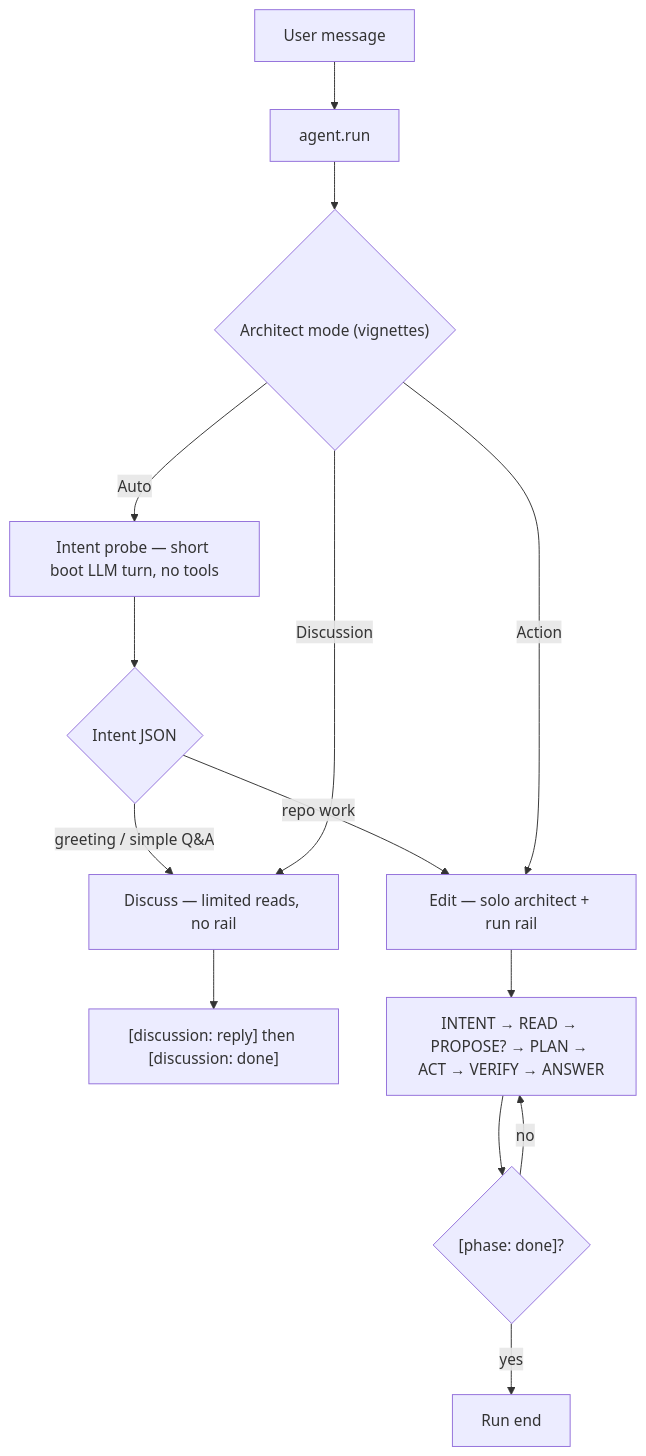
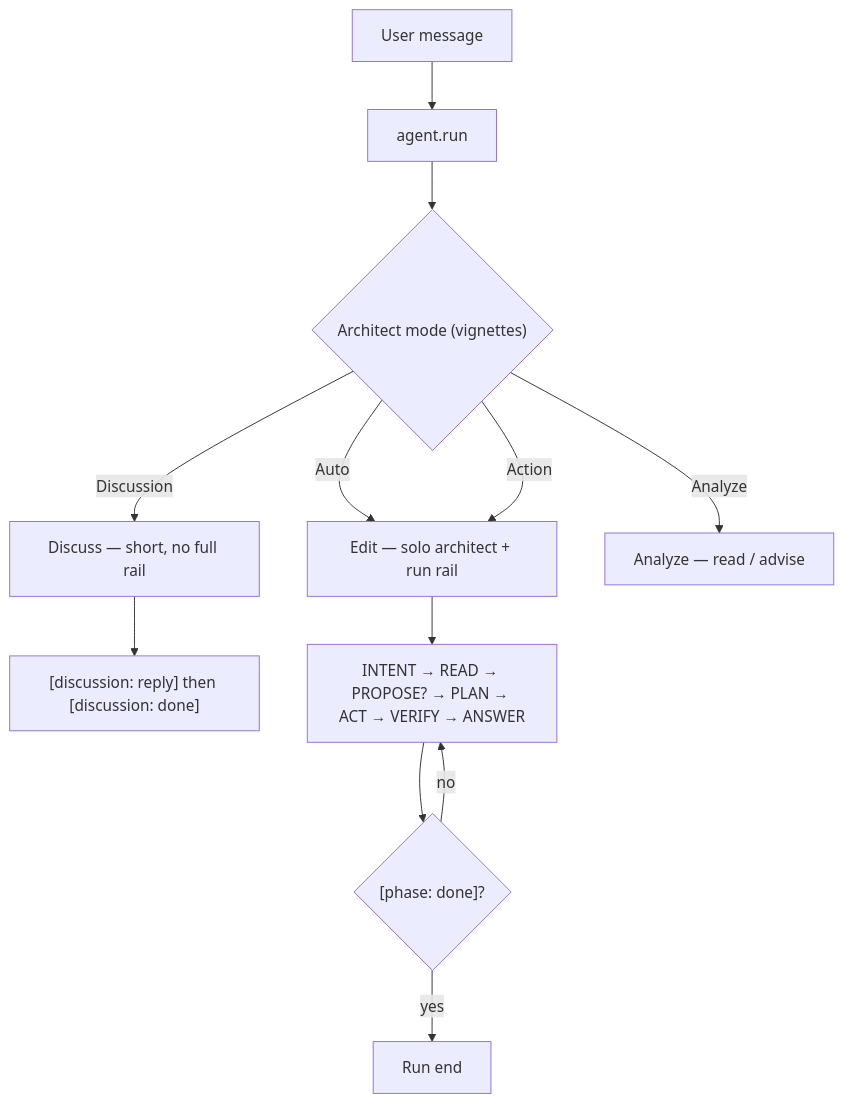
Before and after one commit to DroxKiwi/Drox---IDE---OR: diagram 11 of 13 in README.md, drawn with Mermaid. The commit also changed other lines of this file and 3 other files, not shown here.

````diff
--- a/README.md
+++ b/README.md
@@ -384,18 +384,16 @@
 ```mermaid
 flowchart TD
   MSG["User message"] --> RUN["agent.run"]
   RUN --> MODE{"Architect mode (vignettes)"}
-  MODE -->|Auto| PROBE["Intent probe — short boot LLM turn, no tools"]
-  PROBE --> ROUTE{Intent JSON}
-  ROUTE -->|greeting / simple Q&A| DISC
-  ROUTE -->|repo work| EDIT
-  MODE -->|Discussion| DISC["Discuss — limited reads, no rail"]
-  MODE -->|Action| EDIT["Edit — solo architect + run rail"]
+  MODE -->|Auto| EDIT["Edit — solo architect + run rail"]
+  MODE -->|Discussion| DISC["Discuss — short, no full rail"]
+  MODE -->|Action| EDIT
+  MODE -->|Analyze| ANAL["Analyze — read / advise"]
 
   DISC --> DOUT["[discussion: reply] then [discussion: done]"]
 
   EDIT --> RAIL["INTENT → READ → PROPOSE? → PLAN → ACT → VERIFY → ANSWER"]
   RAIL --> DONE{"[phase: done]?"}
   DONE -->|yes| END["Run end"]
   DONE -->|no| RAIL
 ```
````
